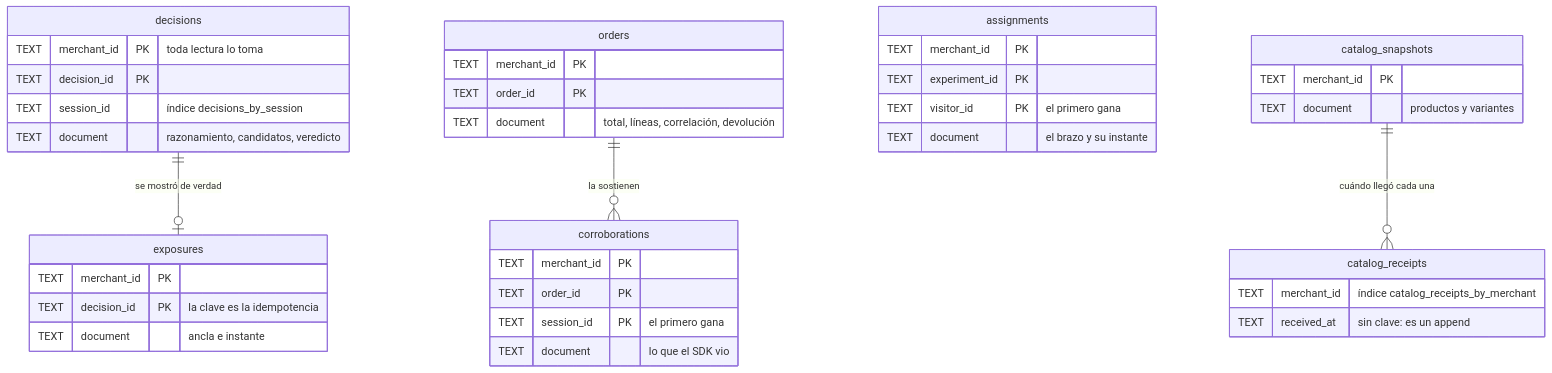
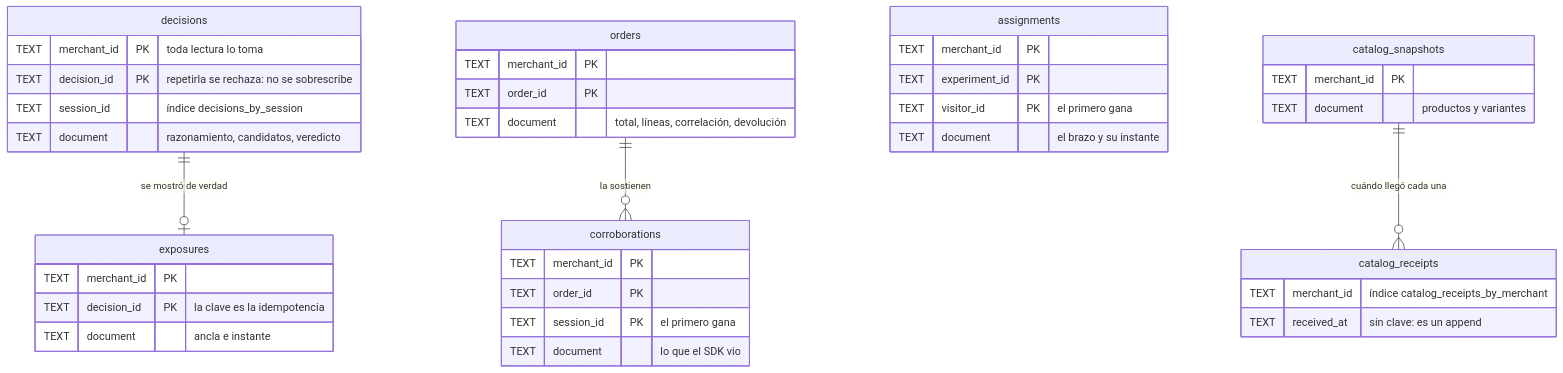
Before and after one commit to germanissel-tech/OPE-Backend: the first of 2 diagrams in migrations/README.md, drawn with Mermaid. The commit also changed other lines of this file, not shown here.

````diff
--- a/migrations/README.md
+++ b/migrations/README.md
@@ -17,43 +17,43 @@
 ```mermaid
 erDiagram
     decisions {
         TEXT merchant_id PK "toda lectura lo toma"
-        TEXT decision_id PK
+        TEXT decision_id PK "repetirla se rechaza: no se sobrescribe"
         TEXT session_id "índice decisions_by_session"
         TEXT document "razonamiento, candidatos, veredicto"
     }
     exposures {
         TEXT merchant_id PK
         TEXT decision_id PK "la clave es la idempotencia"
         TEXT document "ancla e instante"
     }
     orders {
         TEXT merchant_id PK
         TEXT order_id PK
         TEXT document "total, líneas, correlación, devolución"
     }
     corroborations {
         TEXT merchant_id PK
         TEXT order_id PK
         TEXT session_id PK "el primero gana"
         TEXT document "lo que el SDK vio"
     }
     assignments {
         TEXT merchant_id PK
         TEXT experiment_id PK
         TEXT visitor_id PK "el primero gana"
         TEXT document "el brazo y su instante"
     }
     catalog_snapshots {
         TEXT merchant_id PK
         TEXT document "productos y variantes"
     }
     catalog_receipts {
         TEXT merchant_id "índice catalog_receipts_by_merchant"
         TEXT received_at "sin clave: es un append"
     }
 
     decisions ||--o| exposures : "se mostró de verdad"
     orders ||--o{ corroborations : "la sostienen"
     catalog_snapshots ||--o{ catalog_receipts : "cuándo llegó cada una"
 ```
````
